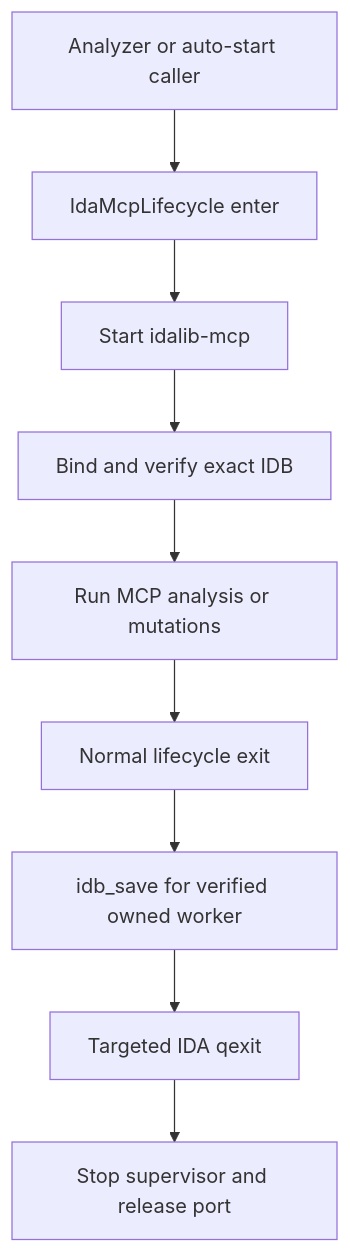
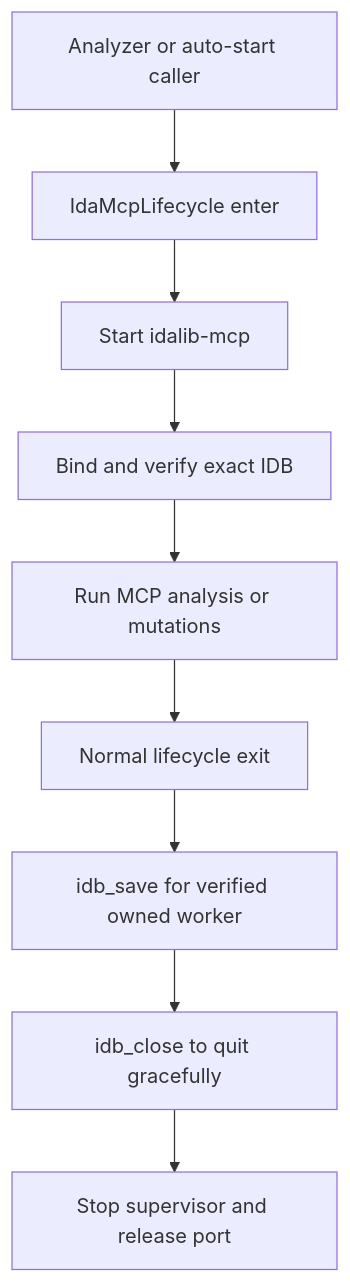
The diagram in memory/idalib-mcp.md (HLND2T/GoldSrc_VibeSignatures), drawn with Mermaid before and after one commit. The commit also changed other lines of this file, not shown here.

````diff
--- a/memory/idalib-mcp.md
+++ b/memory/idalib-mcp.md
@@ -29,11 +29,11 @@
 ```mermaid
 flowchart TD
     A["Analyzer or auto-start caller"] --> B["IdaMcpLifecycle enter"]
     B --> C["Start idalib-mcp"]
     C --> D["Bind and verify exact IDB"]
     D --> E["Run MCP analysis or mutations"]
     E --> F["Normal lifecycle exit"]
     F --> G["idb_save for verified owned worker"]
-    G --> H["Targeted IDA qexit"]
+    G --> H["idb_close to quit gracefully"]
     H --> I["Stop supervisor and release port"]
 ```
````
